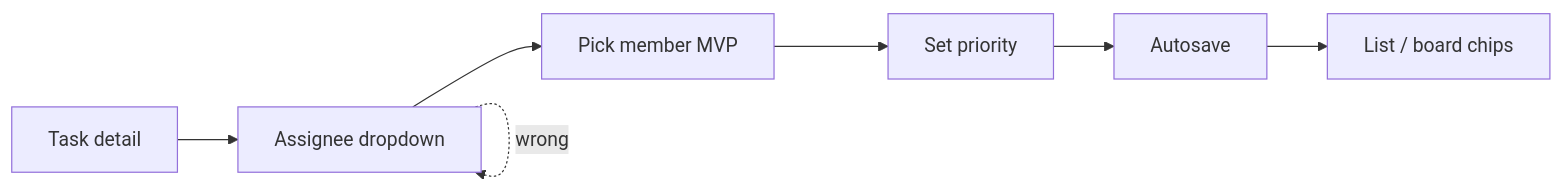
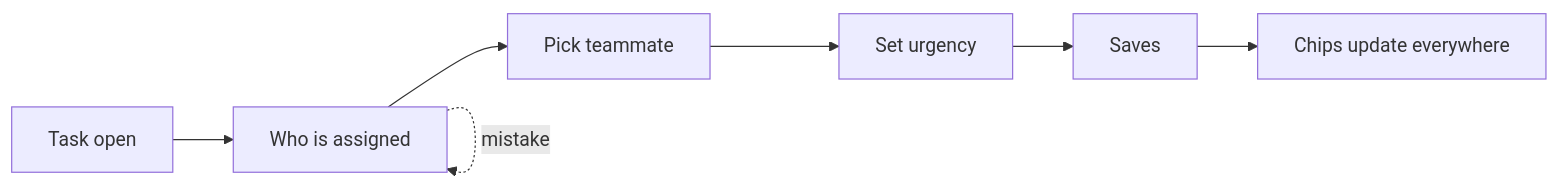
One commit to wildan-png/todoAppWorkflow-design changed diagram 13 of 28 in research/user-journeys.md. Above: the diagram before and after it, drawn with Mermaid. The commit also changed other lines of this file, not shown here.

First line of the commit message:
docs: humanize user journey copy (Part A, steps, diagrams)

````diff
--- a/research/user-journeys.md
+++ b/research/user-journeys.md
@@ -523,9 +523,9 @@
 ```mermaid
 flowchart LR
-  D[Task detail] --> U[Assignee dropdown]
-  U --> M[Pick member MVP]
-  M --> P[Set priority]
-  P --> S[Autosave]
-  S --> C["List / board chips"]
-  U -.->|wrong| U
+  D[Task open] --> U[Who is assigned]
+  U --> M[Pick teammate]
+  M --> P[Set urgency]
+  P --> S[Saves]
+  S --> C[Chips update everywhere]
+  U -.->|mistake| U
 ```
````
